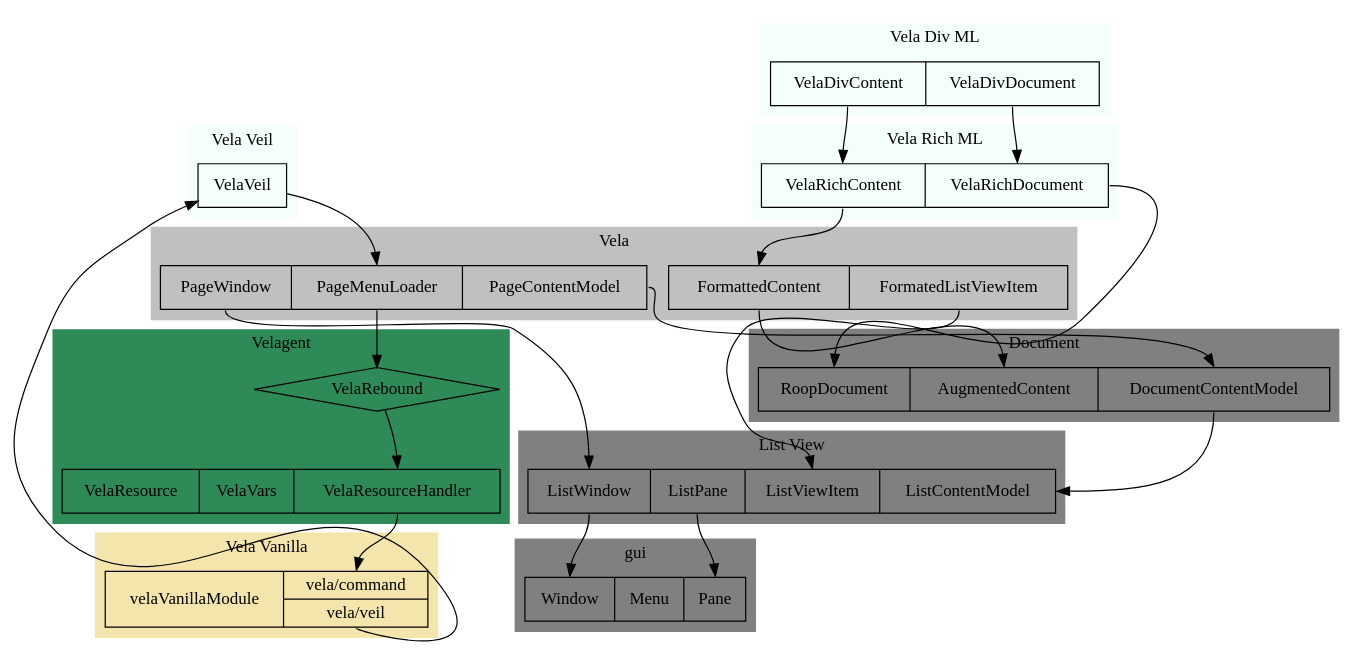
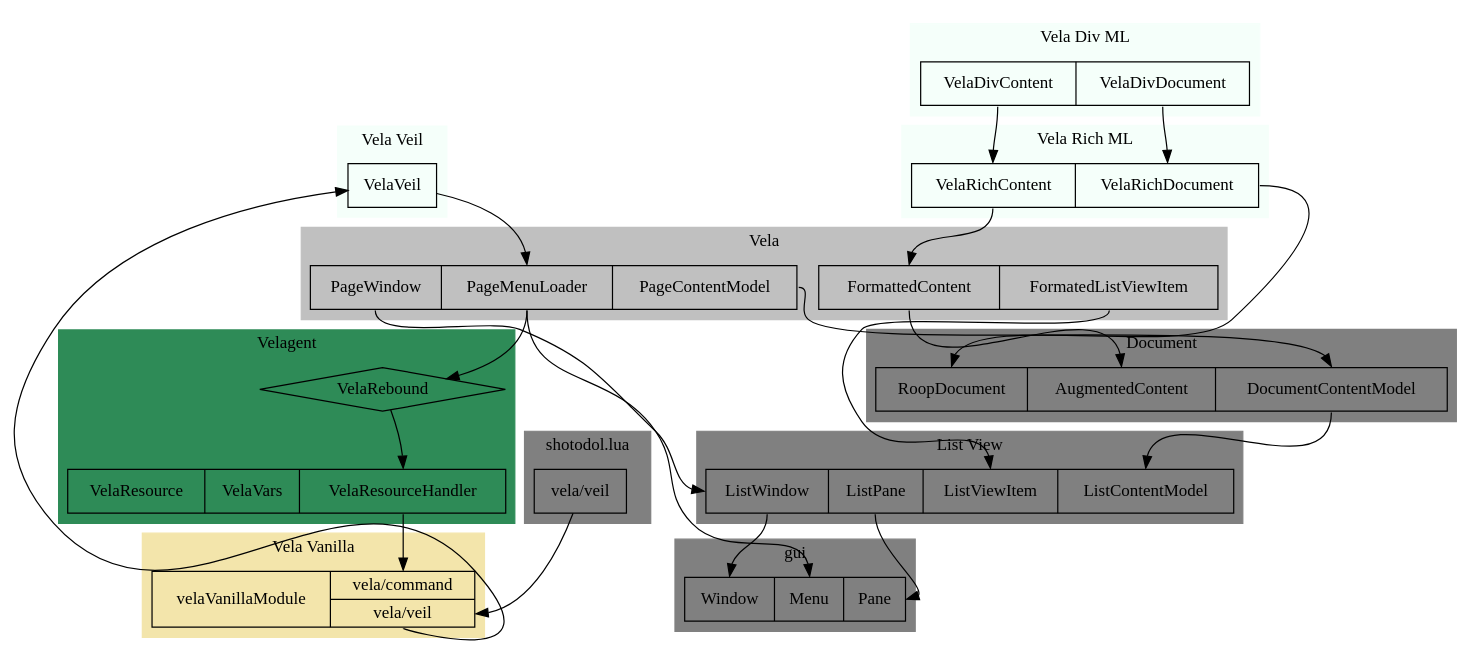
Before and after one commit to kamanashisroy/roopkotha: the diagram in architecture.dot, drawn with Graphviz. The commit also changed 5 other files, not shown here.

Commit message:
we changed the menu workins in vela veil

```diff
--- a/architecture.dot
+++ b/architecture.dot
@@ -1,79 +1,86 @@
 digraph Vela {
 	subgraph cluster0 {
 		label="Vela";
 		rankdir=LR;
 		style=filled;
 		color=silver;
 		pageMenu [label="<pw>PageWindow|<pml>PageMenuLoader|<pcm>PageContentModel",shape=record];
 		formattedContent [label="<fc>FormattedContent|<flvi>FormatedListViewItem",shape=record];
 	}
 
 	subgraph cluster1 {
 		label="Velagent";
 		style=filled;
 		color=seagreen;
 		node [shape=box]
 		velaRebound [label="VelaRebound",shape=diamond];
 		velaResource [label="VelaResource|VelaVars|<vrh>VelaResourceHandler",shape=record];
 	}
 
 	subgraph cluster2 {
 		label="Vela Rich ML";
 		style=filled;
 		color=mintcream;
 		node [shape=box]
 		velaRich [label="<vrc>VelaRichContent|<vrd>VelaRichDocument",shape=record];
 	}
 	subgraph cluster3 {
 		label="Vela Div ML";
 		style=filled;
 		color=mintcream;
 		node [shape=box]
 		velaDiv [label="<vdc>VelaDivContent|<vdd>VelaDivDocument",shape=record];
 	}
 	subgraph cluster4 {
 		label="Vela Veil";
 		style=filled;
 		color=mintcream;
 		node [shape=box]
 		velaVeil [label="VelaVeil"];
 	}
 	subgraph cluster5 {
 		label="Vela Vanilla";
 		style=filled;
 		color="#f3e5ab";
 		node [shape=box]
 		velaVanillaModule [label="velaVanillaModule|{<velac>vela/command|<velav>vela/veil}",shape=record];
 	}
 	subgraph cluster6 {
 		label="Document";
 		rankdir=LR;
 		style=filled;
 		color=gray;
 		roopDocument [label="<rd>RoopDocument|<ac>AugmentedContent|<dcm>DocumentContentModel",shape=record];
 	}
 	subgraph cluster7 {
 		label="gui";
 		rankdir=LR;
 		style=filled;
 		color=gray;
 		gui [label="<win>Window|<menu>Menu|<pn>Pane",shape=record];
 	}
 	subgraph cluster8 {
 		label="List View";
 		rankdir=LR;
 		style=filled;
 		color=gray;
 		listview [label="<lwin>ListWindow|<lpane>ListPane|<lvi>ListViewItem|<lcm>ListContentModel",shape=record];
 	}
+	subgraph cluster9 {
+		label="shotodol.lua";
+		rankdir=LR;
+		style=filled;
+		color=gray;
+		luaHooks [label="<vv>vela/veil",shape=record];
+	}
 	velaDiv:vdc -> velaRich:vrc -> formattedContent:fc -> roopDocument:ac;
 	velaDiv:vdd -> velaRich:vrd -> roopDocument:rd;
 	formattedContent:flvi -> listview:lvi;
 	pageMenu:pcm -> roopDocument:dcm -> listview:lcm;
-	velaVeil -> pageMenu:pml;
-	velaVanillaModule:velav -> velaVeil;
+	velaVeil -> pageMenu:pml -> gui:menu;
+	luaHooks:vv -> velaVanillaModule:velav -> velaVeil;
 	pageMenu:pml -> velaRebound -> velaResource:vrh -> velaVanillaModule:velac;
 	pageMenu:pw -> listview:lwin -> gui:win;
 	listview:lpane -> gui:pn;
 
 }
```
